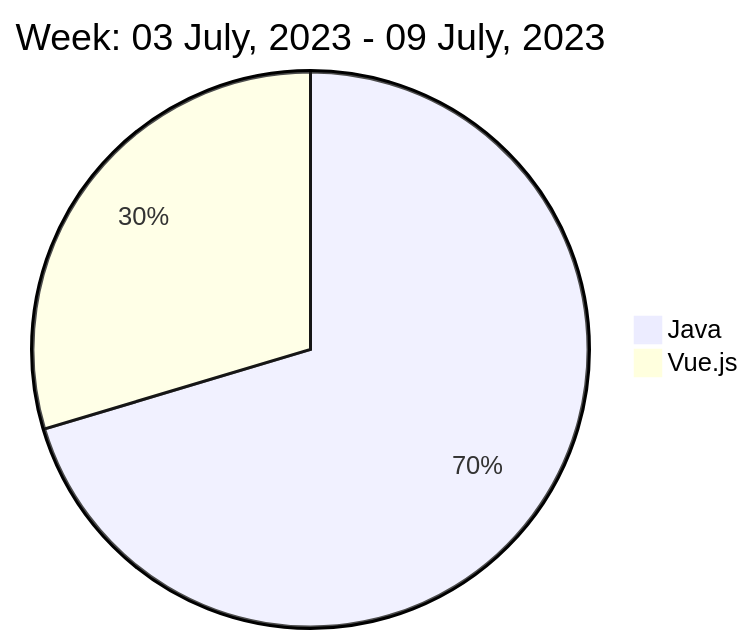
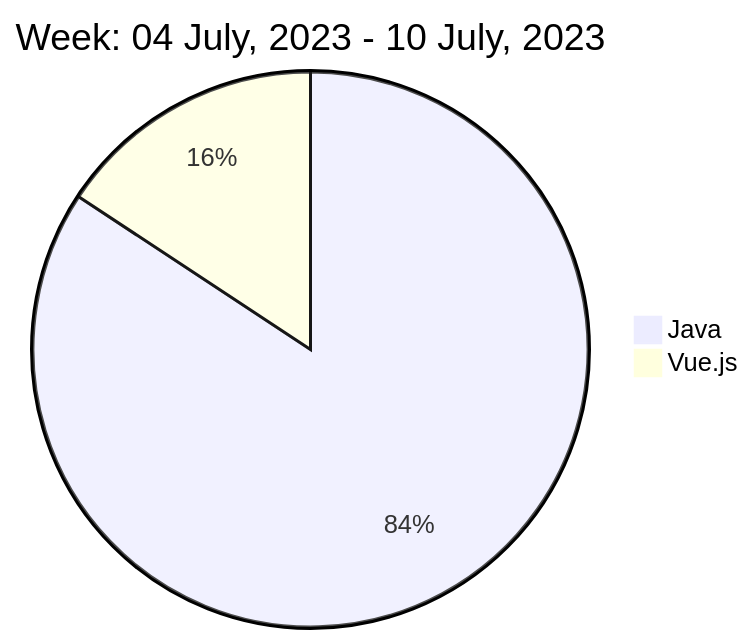
Before and after one commit to liubin95/liubin95: the diagram in README.md, drawn with Mermaid.

Commit message:
Updated the Graph with new Metrics

````diff
--- a/README.md
+++ b/README.md
@@ -40,6 +40,6 @@
 ```mermaid
  pie
-title Week: 03 July, 2023 - 09 July, 2023
- "Java" : 5.75
- "Vue.js" : 2.42
+title Week: 04 July, 2023 - 10 July, 2023
+ "Java" : 14.47
+ "Vue.js" : 2.7
 ```
````
